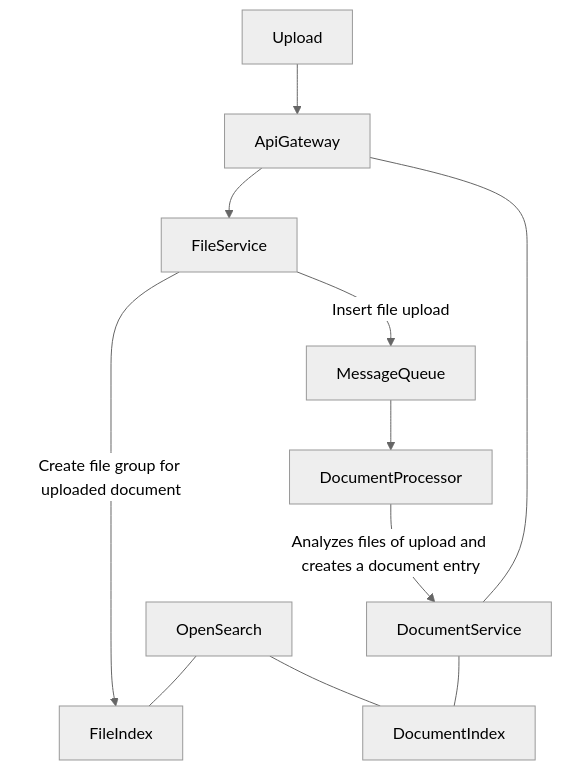
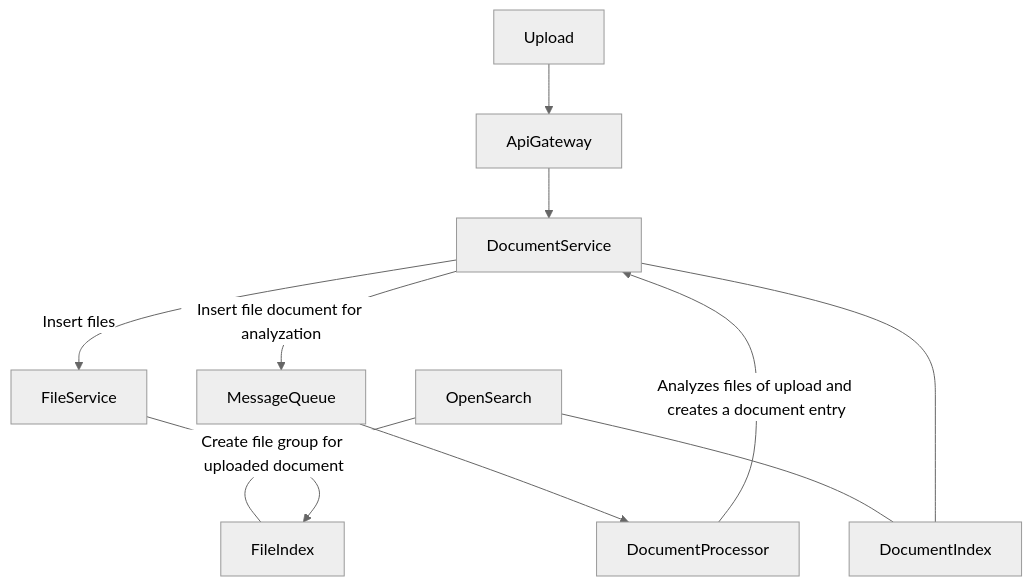
The diagram in docs/architecture-overview.md (A360JMaxxgamer/DocumentsVault), drawn with Mermaid (neutral theme) before and after one commit.

Commit message:
update architecture flow

````diff
--- a/docs/architecture-overview.md
+++ b/docs/architecture-overview.md
@@ -3,33 +3,33 @@
 ```mermaid
   graph TB
 
   Upload
   ApiGateway
   FileService
   MessageQueue
   DocumentProcessor
   DocumentService
   
   OpenSearch
   FileIndex
   DocumentIndex
+
   OpenSearch---FileIndex
   OpenSearch---DocumentIndex
-
+  
 
   Upload-->ApiGateway
-  ApiGateway-->FileService
 
-  ApiGateway---DocumentService
-  
+  ApiGateway-->DocumentService
+
+  DocumentService--Insert files-->FileService
   FileService--Create file group for uploaded document-->FileIndex 
 
-  FileService--Insert file upload-->MessageQueue
-
+  DocumentService--Insert file document for analyzation-->MessageQueue
   MessageQueue-->DocumentProcessor
 
   DocumentProcessor--Analyzes files of upload and creates a document entry -->DocumentService
 
   DocumentService---DocumentIndex
   
 ```
````
